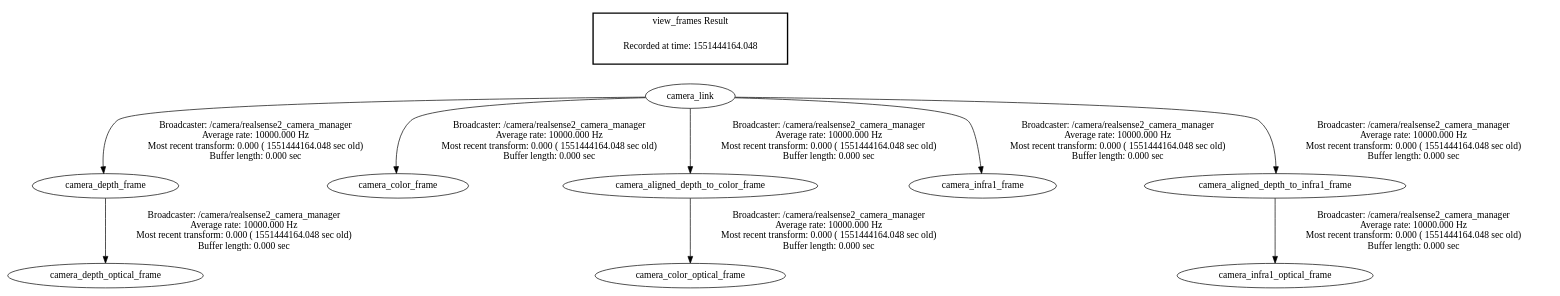
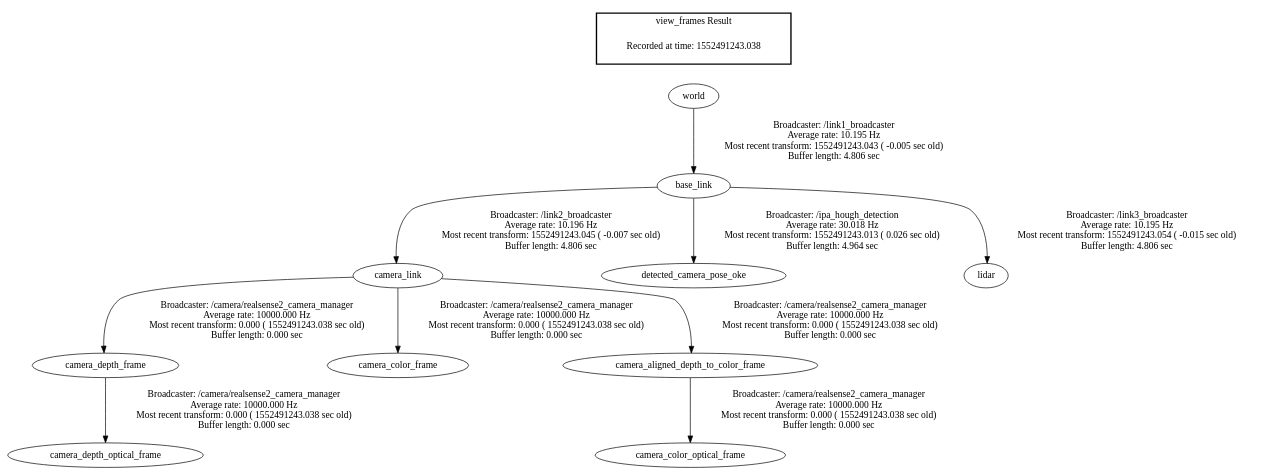
One commit to Jphartogi/ipa_camera_detection changed the diagram in frames.gv. Above: the diagram before and after it, drawn with Graphviz. The commit also changed 9 other files, not shown here.

```diff
--- a/frames.gv
+++ b/frames.gv
@@ -1,14 +1,15 @@
 digraph G {
-"camera_link" -> "camera_depth_frame"[label="Broadcaster: /camera/realsense2_camera_manager\nAverage rate: 10000.000 Hz\nMost recent transform: 0.000 ( 1551444164.048 sec old)\nBuffer length: 0.000 sec\n"];
-"camera_depth_frame" -> "camera_depth_optical_frame"[label="Broadcaster: /camera/realsense2_camera_manager\nAverage rate: 10000.000 Hz\nMost recent transform: 0.000 ( 1551444164.048 sec old)\nBuffer length: 0.000 sec\n"];
-"camera_link" -> "camera_color_frame"[label="Broadcaster: /camera/realsense2_camera_manager\nAverage rate: 10000.000 Hz\nMost recent transform: 0.000 ( 1551444164.048 sec old)\nBuffer length: 0.000 sec\n"];
-"camera_aligned_depth_to_color_frame" -> "camera_color_optical_frame"[label="Broadcaster: /camera/realsense2_camera_manager\nAverage rate: 10000.000 Hz\nMost recent transform: 0.000 ( 1551444164.048 sec old)\nBuffer length: 0.000 sec\n"];
-"camera_link" -> "camera_aligned_depth_to_color_frame"[label="Broadcaster: /camera/realsense2_camera_manager\nAverage rate: 10000.000 Hz\nMost recent transform: 0.000 ( 1551444164.048 sec old)\nBuffer length: 0.000 sec\n"];
-"camera_link" -> "camera_infra1_frame"[label="Broadcaster: /camera/realsense2_camera_manager\nAverage rate: 10000.000 Hz\nMost recent transform: 0.000 ( 1551444164.048 sec old)\nBuffer length: 0.000 sec\n"];
-"camera_aligned_depth_to_infra1_frame" -> "camera_infra1_optical_frame"[label="Broadcaster: /camera/realsense2_camera_manager\nAverage rate: 10000.000 Hz\nMost recent transform: 0.000 ( 1551444164.048 sec old)\nBuffer length: 0.000 sec\n"];
-"camera_link" -> "camera_aligned_depth_to_infra1_frame"[label="Broadcaster: /camera/realsense2_camera_manager\nAverage rate: 10000.000 Hz\nMost recent transform: 0.000 ( 1551444164.048 sec old)\nBuffer length: 0.000 sec\n"];
+"camera_link" -> "camera_depth_frame"[label="Broadcaster: /camera/realsense2_camera_manager\nAverage rate: 10000.000 Hz\nMost recent transform: 0.000 ( 1552491243.038 sec old)\nBuffer length: 0.000 sec\n"];
+"base_link" -> "camera_link"[label="Broadcaster: /link2_broadcaster\nAverage rate: 10.196 Hz\nMost recent transform: 1552491243.045 ( -0.007 sec old)\nBuffer length: 4.806 sec\n"];
+"camera_depth_frame" -> "camera_depth_optical_frame"[label="Broadcaster: /camera/realsense2_camera_manager\nAverage rate: 10000.000 Hz\nMost recent transform: 0.000 ( 1552491243.038 sec old)\nBuffer length: 0.000 sec\n"];
+"camera_link" -> "camera_color_frame"[label="Broadcaster: /camera/realsense2_camera_manager\nAverage rate: 10000.000 Hz\nMost recent transform: 0.000 ( 1552491243.038 sec old)\nBuffer length: 0.000 sec\n"];
+"camera_aligned_depth_to_color_frame" -> "camera_color_optical_frame"[label="Broadcaster: /camera/realsense2_camera_manager\nAverage rate: 10000.000 Hz\nMost recent transform: 0.000 ( 1552491243.038 sec old)\nBuffer length: 0.000 sec\n"];
+"camera_link" -> "camera_aligned_depth_to_color_frame"[label="Broadcaster: /camera/realsense2_camera_manager\nAverage rate: 10000.000 Hz\nMost recent transform: 0.000 ( 1552491243.038 sec old)\nBuffer length: 0.000 sec\n"];
+"base_link" -> "detected_camera_pose_oke"[label="Broadcaster: /ipa_hough_detection\nAverage rate: 30.018 Hz\nMost recent transform: 1552491243.013 ( 0.026 sec old)\nBuffer length: 4.964 sec\n"];
+"world" -> "base_link"[label="Broadcaster: /link1_broadcaster\nAverage rate: 10.195 Hz\nMost recent transform: 1552491243.043 ( -0.005 sec old)\nBuffer length: 4.806 sec\n"];
+"base_link" -> "lidar"[label="Broadcaster: /link3_broadcaster\nAverage rate: 10.195 Hz\nMost recent transform: 1552491243.054 ( -0.015 sec old)\nBuffer length: 4.806 sec\n"];
 edge [style=invis];
  subgraph cluster_legend { style=bold; color=black; label ="view_frames Result";
-"Recorded at time: 1551444164.048"[ shape=plaintext ] ;
- }->"camera_link";
+"Recorded at time: 1552491243.038"[ shape=plaintext ] ;
+ }->"world";
 }
```
